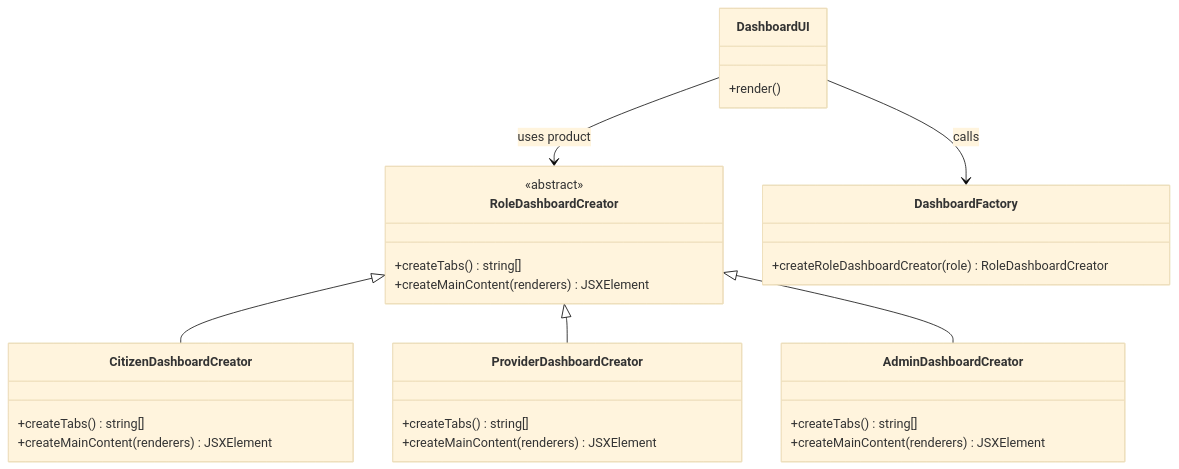
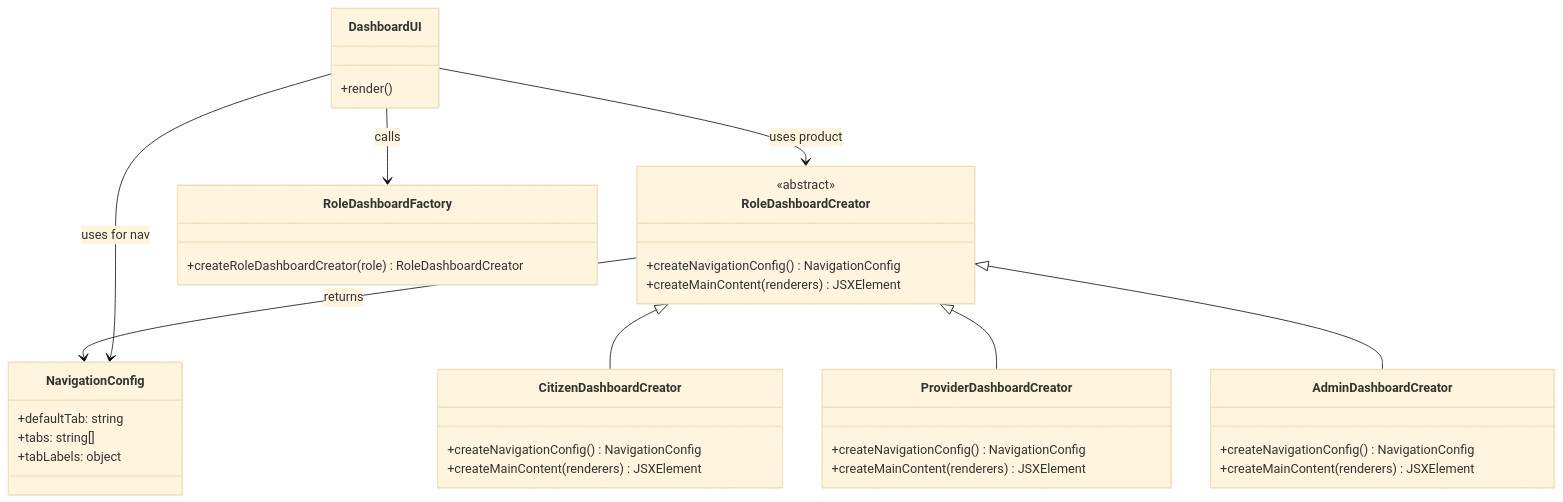
The diagram in docs/diagrams/Design patterns diagram/Factory pattern.mmd (Kevin7582/Soen343-Project), drawn with Mermaid (base theme) before and after one commit. The commit also changed 5 other files, not shown here.

Commit message:
refactor: update RoleDashboardCreator classes to use createNavigationConfig method and introduce NavigationConfig class for improved tab management

```diff
--- a/docs/diagrams/Design patterns diagram/Factory pattern.mmd
+++ b/docs/diagrams/Design patterns diagram/Factory pattern.mmd
@@ -1,35 +1,43 @@
 classDiagram
     class RoleDashboardCreator {
       <<abstract>>
-      +createTabs() string[]
+      +createNavigationConfig() NavigationConfig
       +createMainContent(renderers) JSXElement
     }
 
     class CitizenDashboardCreator {
-      +createTabs() string[]
+      +createNavigationConfig() NavigationConfig
       +createMainContent(renderers) JSXElement
     }
 
     class ProviderDashboardCreator {
-      +createTabs() string[]
+      +createNavigationConfig() NavigationConfig
       +createMainContent(renderers) JSXElement
     }
 
     class AdminDashboardCreator {
-      +createTabs() string[]
+      +createNavigationConfig() NavigationConfig
       +createMainContent(renderers) JSXElement
     }
 
-    class DashboardFactory {
+    class NavigationConfig {
+      +defaultTab: string
+      +tabs: string[]
+      +tabLabels: object
+    }
+
+    class RoleDashboardFactory {
       +createRoleDashboardCreator(role) RoleDashboardCreator
     }
 
     class DashboardUI {
       +render()
     }
 
     RoleDashboardCreator <|-- CitizenDashboardCreator
     RoleDashboardCreator <|-- ProviderDashboardCreator
     RoleDashboardCreator <|-- AdminDashboardCreator
-    DashboardUI --> DashboardFactory : calls
+    RoleDashboardCreator --> NavigationConfig : returns
+    DashboardUI --> RoleDashboardFactory : calls
+    DashboardUI --> NavigationConfig : uses for nav
     DashboardUI --> RoleDashboardCreator : uses product
```
